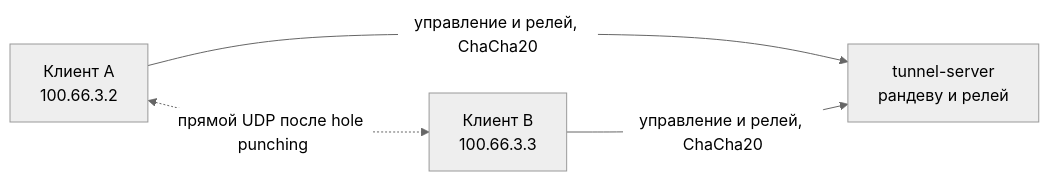
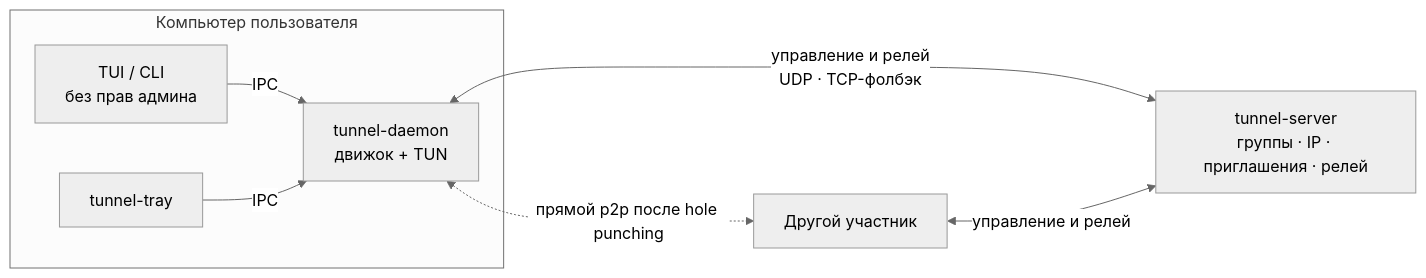
Before and after one commit to Kulmek/VoidLink2: the diagram in README.md, drawn with Mermaid (neutral theme). The commit also changed other lines of this file and 1 other file, not shown here.

````diff
--- a/README.md
+++ b/README.md
@@ -22,6 +180,10 @@
 ```mermaid
 flowchart LR
-    A["Клиент A<br/>100.66.3.2"] -->|"управление и релей, ChaCha20"| S["tunnel-server<br/>рандеву и релей"]
-    B["Клиент B<br/>100.66.3.3"] -->|"управление и релей, ChaCha20"| S
-    A <-.->|"прямой UDP после hole punching"| B
+    subgraph PC["Компьютер пользователя"]
+        TUI["TUI / CLI<br/>без прав админа"] -- IPC --> D["tunnel-daemon<br/>движок + TUN"]
+        TRAY["tunnel-tray"] -- IPC --> D
+    end
+    D <-- "управление и релей<br/>UDP · TCP-фолбэк" --> S["tunnel-server<br/>группы · IP · приглашения · релей"]
+    P["Другой участник"] <-- "управление и релей" --> S
+    D <-. "прямой p2p после hole punching" .-> P
 ```
````
